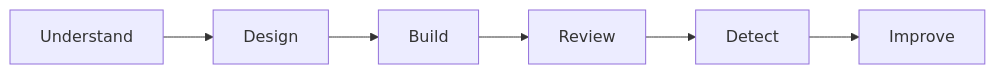
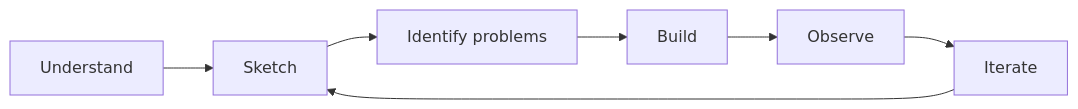
The diagram in ROADMAP.md (lxrider/saas-security-lab), drawn with Mermaid before and after one commit. The commit also changed other lines of this file, not shown here.

First line of the commit message:
Simplify roadmap back to first principles

````diff
--- a/ROADMAP.md
+++ b/ROADMAP.md
@@ -5,8 +10,9 @@
 ```mermaid
 flowchart LR
-    A["Understand"] --> B["Design"]
-    B --> C["Build"]
-    C --> D["Review"]
-    D --> E["Detect"]
-    E --> F["Improve"]
+    A["Understand"] --> B["Sketch"]
+    B --> C["Identify problems"]
+    C --> D["Build"]
+    D --> E["Observe"]
+    E --> F["Iterate"]
+    F --> B
 ```
````
